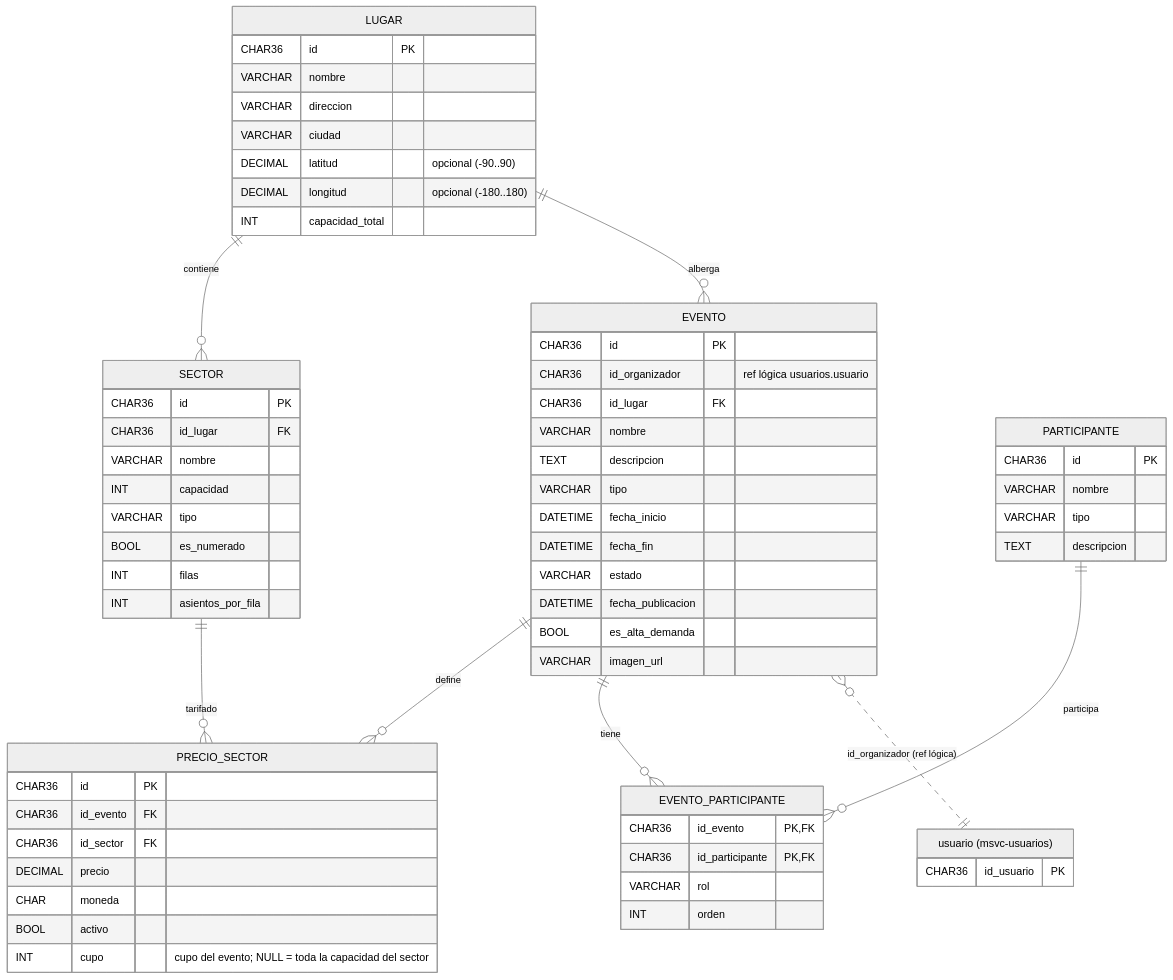
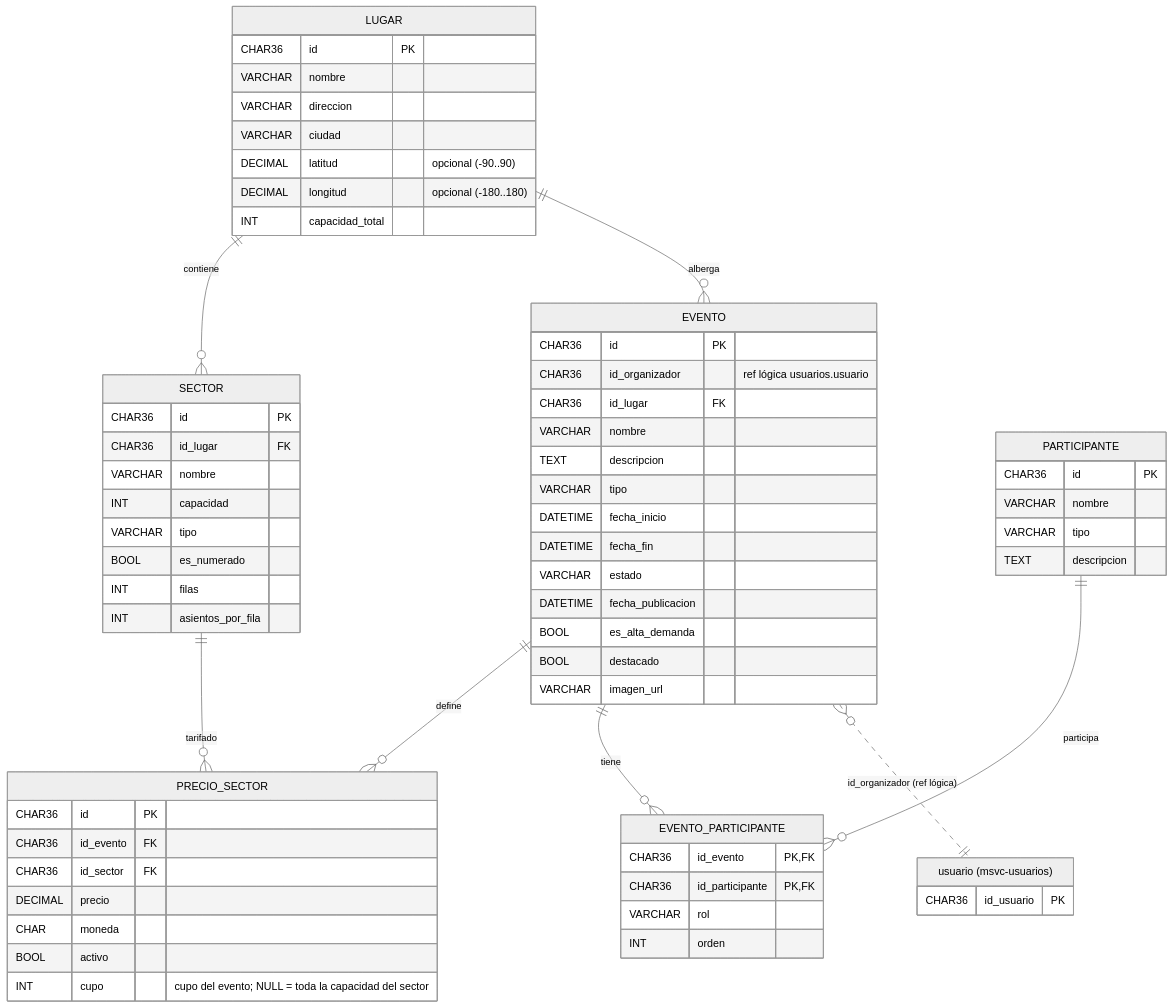
One commit to florAlar/ticketYa changed the second of 5 diagrams in Backend/specs/diagramas/modelo-por-microservicio.md. Above: the diagram before and after it, drawn with Mermaid (neutral theme). The commit also changed 30 other files, not shown here.

````diff
--- a/Backend/specs/diagramas/modelo-por-microservicio.md
+++ b/Backend/specs/diagramas/modelo-por-microservicio.md
@@ -32,68 +32,69 @@
 ```mermaid
 erDiagram
     LUGAR {
         CHAR36 id PK
         VARCHAR nombre
         VARCHAR direccion
         VARCHAR ciudad
         DECIMAL latitud "opcional (-90..90)"
         DECIMAL longitud "opcional (-180..180)"
         INT capacidad_total
     }
     SECTOR {
         CHAR36 id PK
         CHAR36 id_lugar FK
         VARCHAR nombre
         INT capacidad
         VARCHAR tipo
         BOOL es_numerado
         INT filas
         INT asientos_por_fila
     }
     EVENTO {
         CHAR36 id PK
         CHAR36 id_organizador "ref lógica usuarios.usuario"
         CHAR36 id_lugar FK
         VARCHAR nombre
         TEXT descripcion
         VARCHAR tipo
         DATETIME fecha_inicio
         DATETIME fecha_fin
         VARCHAR estado
         DATETIME fecha_publicacion
         BOOL es_alta_demanda
+        BOOL destacado
         VARCHAR imagen_url
     }
     PRECIO_SECTOR {
         CHAR36 id PK
         CHAR36 id_evento FK
         CHAR36 id_sector FK
         DECIMAL precio
         CHAR moneda
         BOOL activo
         INT cupo "cupo del evento; NULL = toda la capacidad del sector"
     }
     PARTICIPANTE {
         CHAR36 id PK
         VARCHAR nombre
         VARCHAR tipo
         TEXT descripcion
     }
     EVENTO_PARTICIPANTE {
         CHAR36 id_evento PK, FK
         CHAR36 id_participante PK, FK
         VARCHAR rol
         INT orden
     }
     EXT_USUARIO["usuario (msvc-usuarios)"] {
         CHAR36 id_usuario PK
     }
 
     LUGAR ||--o{ SECTOR : contiene
     LUGAR ||--o{ EVENTO : alberga
     EVENTO ||--o{ PRECIO_SECTOR : define
     SECTOR ||--o{ PRECIO_SECTOR : tarifado
     EVENTO ||--o{ EVENTO_PARTICIPANTE : tiene
     PARTICIPANTE ||--o{ EVENTO_PARTICIPANTE : participa
     EVENTO }o..|| EXT_USUARIO : "id_organizador (ref lógica)"
 ```
````
